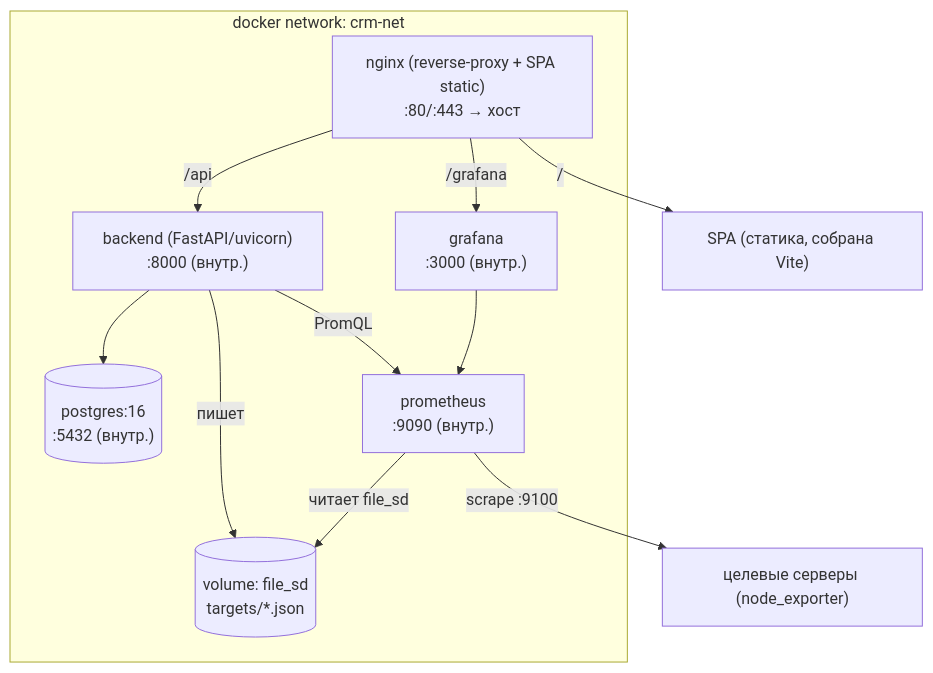
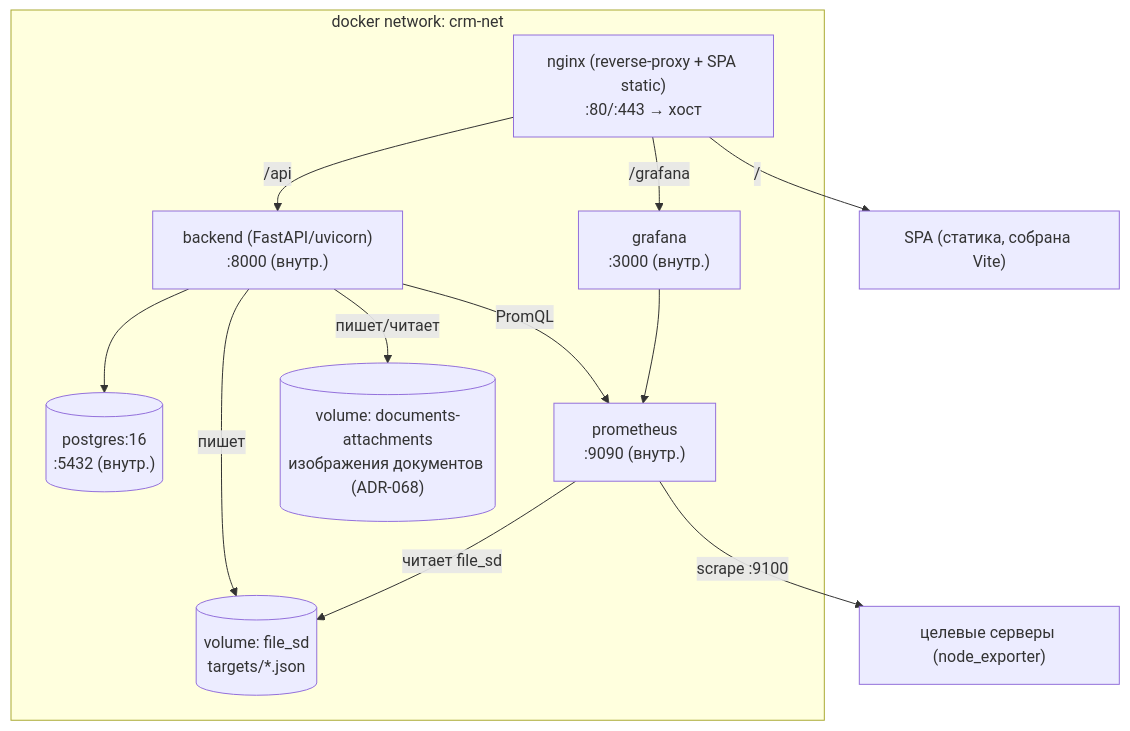
Before and after one commit to eliseiv/broad-crm: the diagram in docs/07-deployment.md, drawn with Mermaid. The commit also changed other lines of this file and 101 other files, not shown here.

````diff
--- a/docs/07-deployment.md
+++ b/docs/07-deployment.md
@@ -5,20 +5,22 @@
 ```mermaid
 flowchart TB
     subgraph net["docker network: crm-net"]
         proxy["nginx (reverse-proxy + SPA static)<br/>:80/:443 → хост"]
         be["backend (FastAPI/uvicorn)<br/>:8000 (внутр.)"]
         db[("postgres:16<br/>:5432 (внутр.)")]
         prom["prometheus<br/>:9090 (внутр.)"]
         graf["grafana<br/>:3000 (внутр.)"]
         vol_sd[("volume: file_sd<br/>targets/*.json")]
+        vol_att[("volume: documents-attachments<br/>изображения документов (ADR-068)")]
     end
     proxy -->|/api| be
     proxy -->|/| spa["SPA (статика, собрана Vite)"]
     proxy -->|/grafana| graf
     be --> db
     be -->|PromQL| prom
     be -->|пишет| vol_sd
+    be -->|пишет/читает| vol_att
     prom -->|читает file_sd| vol_sd
     graf --> prom
     prom -->|scrape :9100| targets["целевые серверы (node_exporter)"]
 ```
````
